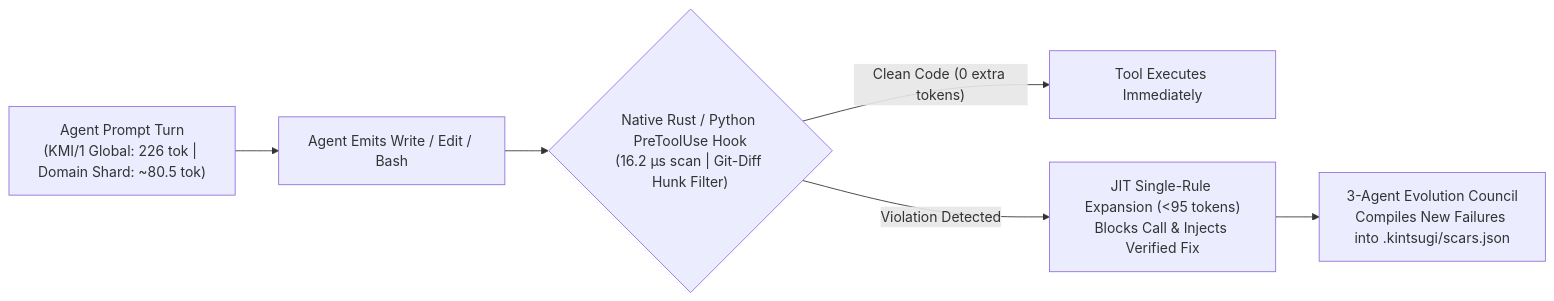
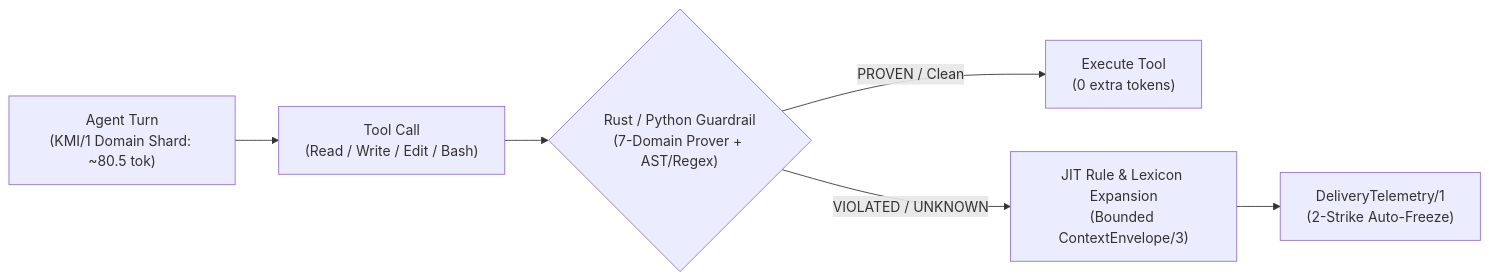
One commit to actions-marketplace-validations/tunguyen1993_kintsugi-harness changed the diagram in README.md. Above: the diagram before and after it, drawn with Mermaid. The commit also changed other lines of this file and 118 other files, not shown here.

````diff
--- a/README.md
+++ b/README.md
@@ -249,8 +171,8 @@
 ```mermaid
 flowchart LR
-    A["Agent Prompt Turn\n(KMI/1 Global: 226 tok | Domain Shard: ~80.5 tok)"] --> B["Agent Emits Write / Edit / Bash"]
-    B --> C{"Native Rust / Python PreToolUse Hook\n(16.2 µs scan | Git-Diff Hunk Filter)"}
-    C -- "Clean Code (0 extra tokens)" --> D["Tool Executes Immediately"]
-    C -- "Violation Detected" --> E["JIT Single-Rule Expansion (<95 tokens)\nBlocks Call & Injects Verified Fix"]
-    E --> F["3-Agent Evolution Council\nCompiles New Failures into .kintsugi/scars.json"]
+    A["Agent Turn\n(KMI/1 Domain Shard: ~80.5 tok)"] --> B["Tool Call\n(Read / Write / Edit / Bash)"]
+    B --> C{"Rust / Python Guardrail\n(7-Domain Prover + AST/Regex)"}
+    C -- "PROVEN / Clean" --> D["Execute Tool\n(0 extra tokens)"]
+    C -- "VIOLATED / UNKNOWN" --> E["JIT Rule & Lexicon Expansion\n(Bounded ContextEnvelope/3)"]
+    E --> F["DeliveryTelemetry/1\n(2-Strike Auto-Freeze)"]
 ```
````
